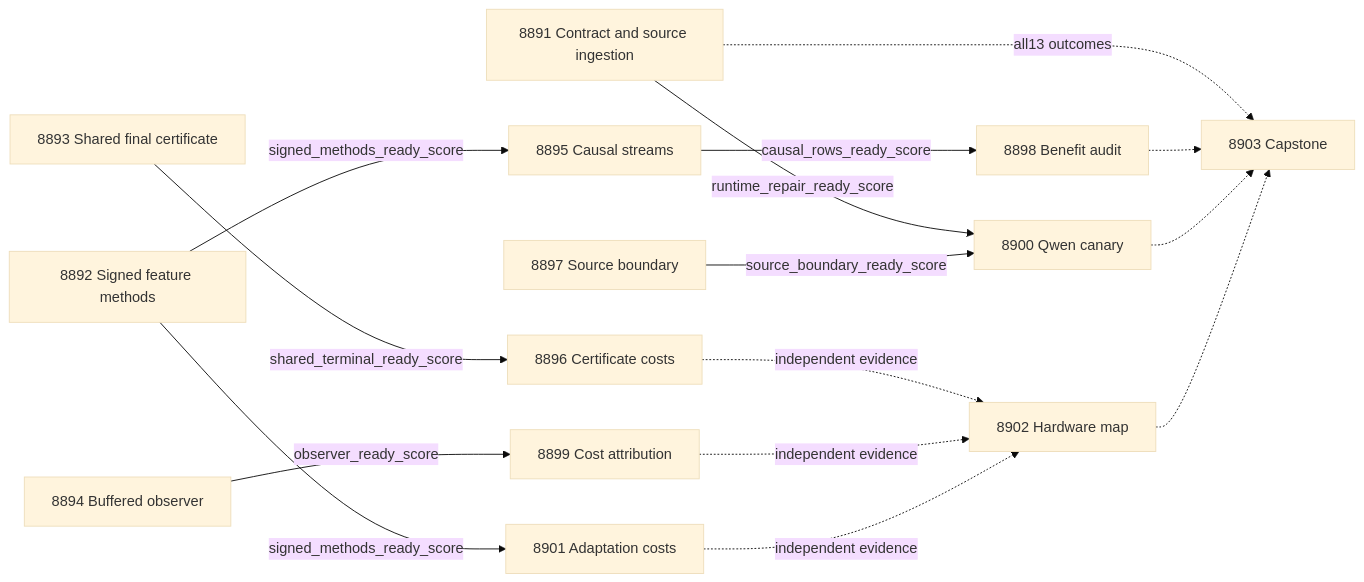
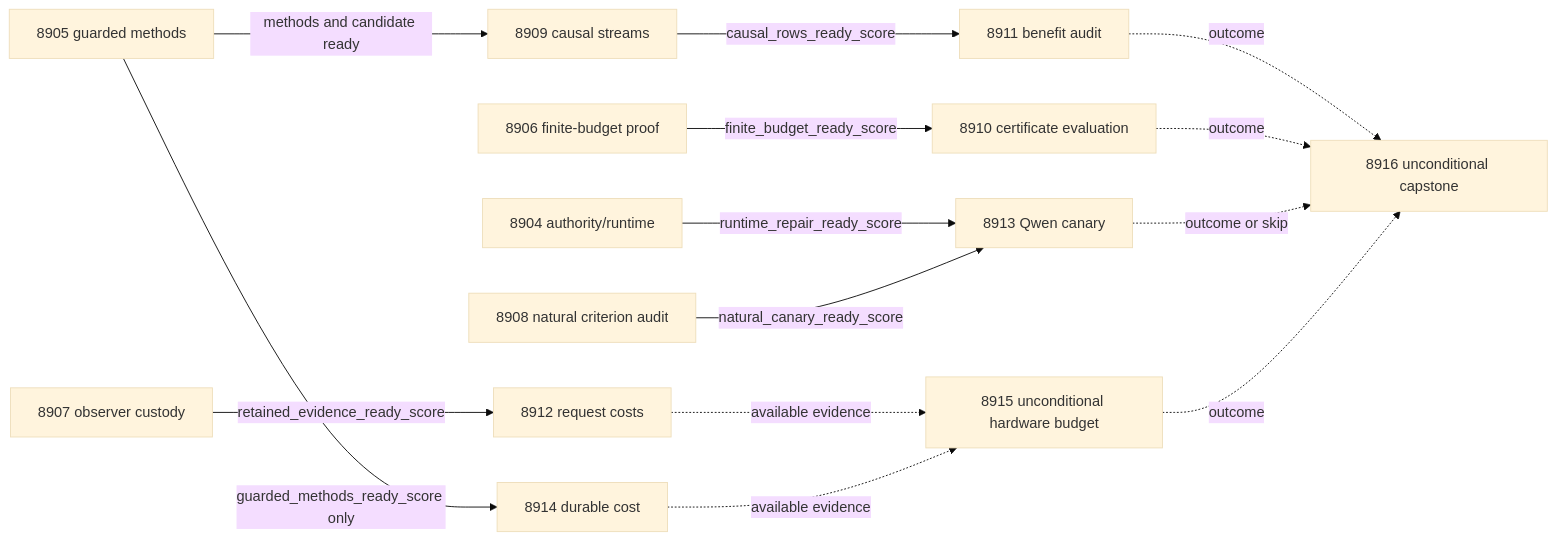
One commit to Carnot-EBM/carnot-ebm changed the second of 2 diagrams in openspec/change-proposals/research-roadmap-vNEXT.md. Above: the diagram before and after it, drawn with Mermaid (base theme). The commit also changed other lines of this file and 23 other files, not shown here.

````diff
--- a/openspec/change-proposals/research-roadmap-vNEXT.md
+++ b/openspec/change-proposals/research-roadmap-vNEXT.md
@@ -221,17 +235,16 @@
 ```mermaid
 flowchart LR
-    A[8891 Contract and source ingestion] -->|runtime_repair_ready_score| J[8900 Qwen canary]
-    B[8892 Signed feature methods] -->|signed_methods_ready_score| E[8895 Causal streams]
-    B -->|signed_methods_ready_score| K[8901 Adaptation costs]
-    C[8893 Shared final certificate] -->|shared_terminal_ready_score| F[8896 Certificate costs]
-    D[8894 Buffered observer] -->|observer_ready_score| I[8899 Cost attribution]
-    G[8897 Source boundary] -->|source_boundary_ready_score| J
-    E -->|causal_rows_ready_score| H[8898 Benefit audit]
-    F -. independent evidence .-> L[8902 Hardware map]
-    I -. independent evidence .-> L
-    K -. independent evidence .-> L
-    A -. all13 outcomes .-> M[8903 Capstone]
-    H -.-> M
-    J -.-> M
-    L -.-> M
+    T8904[8904 authority/runtime] -->|runtime_repair_ready_score| T8913[8913 Qwen canary]
+    T8905[8905 guarded methods] -->|methods and candidate ready| T8909[8909 causal streams]
+    T8909 -->|causal_rows_ready_score| T8911[8911 benefit audit]
+    T8905 -->|guarded_methods_ready_score only| T8914[8914 durable cost]
+    T8906[8906 finite-budget proof] -->|finite_budget_ready_score| T8910[8910 certificate evaluation]
+    T8907[8907 observer custody] -->|retained_evidence_ready_score| T8912[8912 request costs]
+    T8908[8908 natural criterion audit] -->|natural_canary_ready_score| T8913
+    T8912 -. available evidence .-> T8915[8915 unconditional hardware budget]
+    T8914 -. available evidence .-> T8915
+    T8911 -. outcome .-> T8916[8916 unconditional capstone]
+    T8910 -. outcome .-> T8916
+    T8913 -. outcome or skip .-> T8916
+    T8915 -. outcome .-> T8916
 ```
````
